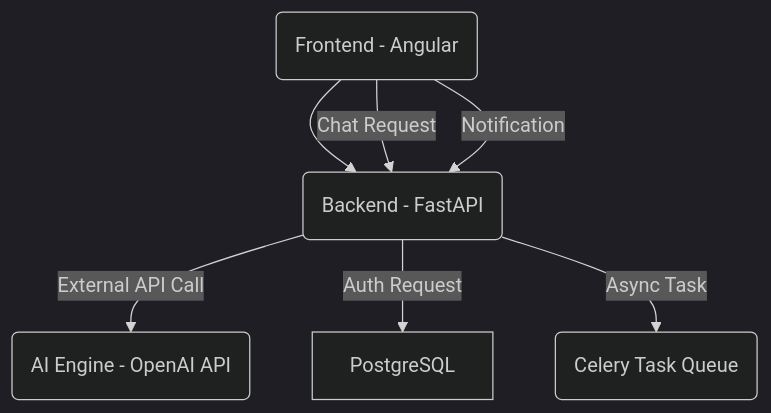
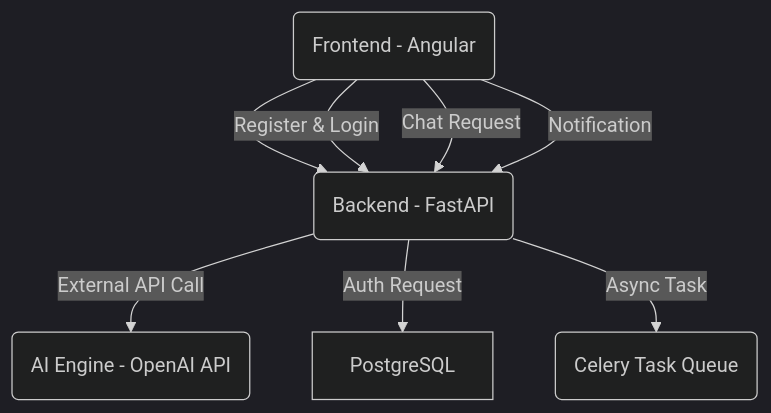
One commit to Joy-Ese/JayBank-Support-App changed the diagram in mermaid.md. Above: the diagram before and after it, drawn with Mermaid (dark theme).

````diff
--- a/mermaid.md
+++ b/mermaid.md
@@ -2,9 +2,10 @@
 ``` mermaid
 flowchart TD;
     FE("Frontend - Angular") --> BE("Backend - FastAPI")
     BE -->|External API Call| AI("AI Engine - OpenAI API")
+    FE -->|Register & Login| BE
     FE -->|Chat Request| BE
     FE -->|Notification| BE
     BE -->|Auth Request| Database["PostgreSQL"]
     BE -->|Async Task| Queue("Celery Task Queue")
 ```
````
